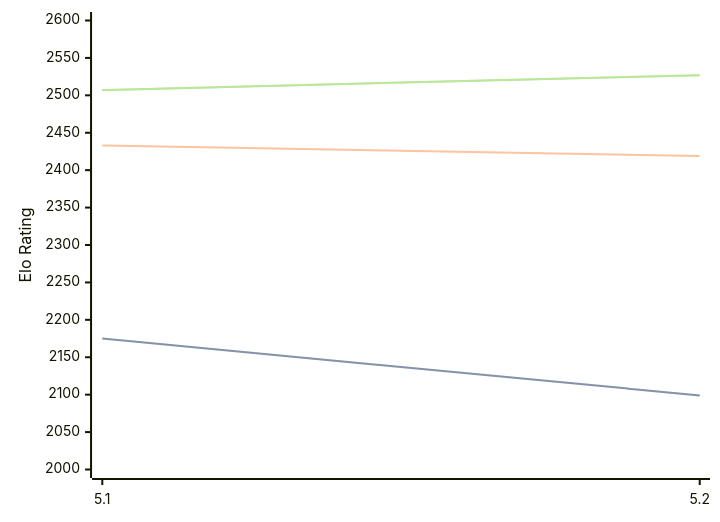
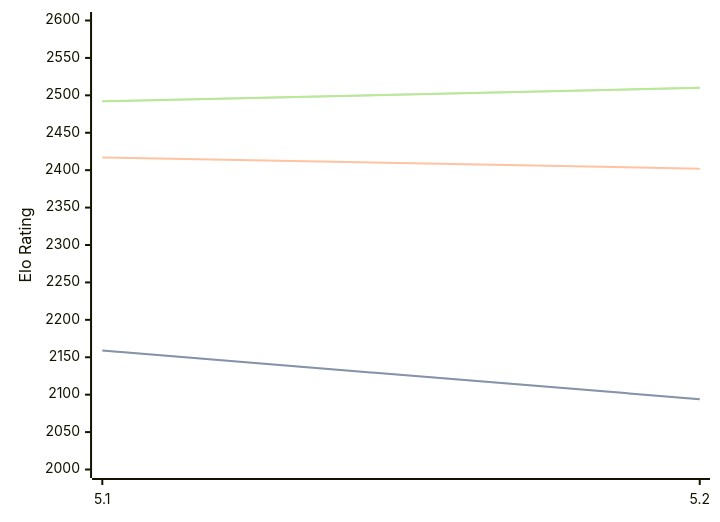
Before and after one commit to computer-chess-index/cci: the diagram in engines/Prophet.md, drawn with Mermaid. The commit also changed other lines of this file, not shown here.

Commit message:
Update CCI Ratings (ELO VLTC) - 2026-05-20

````diff
--- a/engines/Prophet.md
+++ b/engines/Prophet.md
@@ -38,11 +38,11 @@
 ```mermaid
 %%{init: {"theme":"base","themeVariables":{"seriesColors:['#a3a3a3','#222221','#faa371']}}}%%
 xychart-beta
   x-axis ["5.1", "5.2"]
   y-axis "Elo Rating" 2000 --> 2600
-  line "STC (8.0+0.08s)" [2175, 2099]
-  line "STC (8.0+0.08s)" [2175, 2099]
-  line "LTC (60.0+0.60s)" [2433, 2419]
-  line "VLTC (2m24s+1.12s)" [2507, 2527]
-  line "VLTC (2m24s+1.12s)" [2507, 2527]
+  line "STC (8.0+0.08s)" [2159, 2094]
+  line "STC (8.0+0.08s)" [2159, 2094]
+  line "LTC (60.0+0.60s)" [2417, 2402]
+  line "VLTC (2m24s+1.12s)" [2492, 2510]
+  line "VLTC (2m24s+1.12s)" [2492, 2510]
 ```
````
